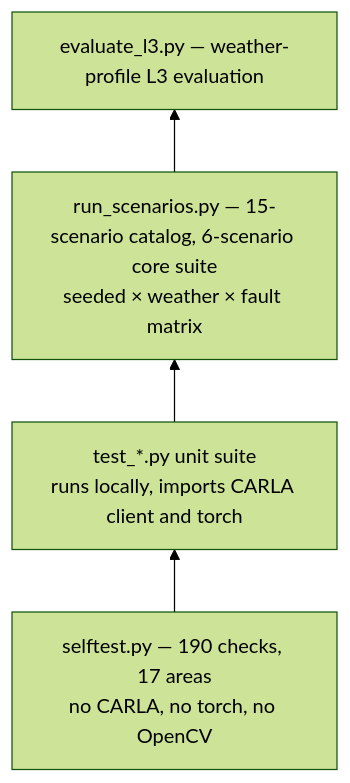
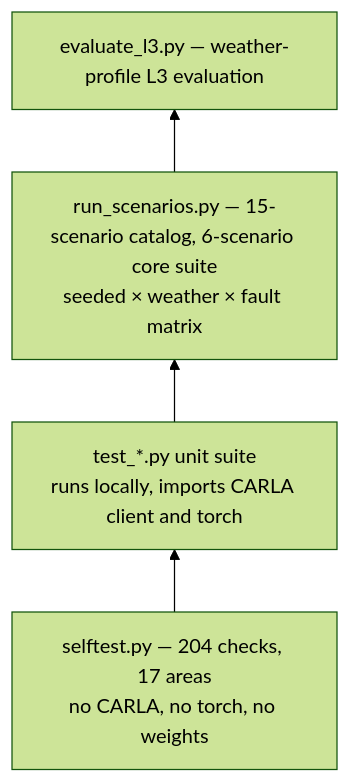
Before and after one commit to nhatduongchess-cloud/carla-adas-active-safety-project: the seventh of 8 diagrams in docs/ARCHITECTURE.md, drawn with Mermaid (forest theme). The commit also changed other lines of this file and 16 other files, not shown here.

````diff
--- a/docs/ARCHITECTURE.md
+++ b/docs/ARCHITECTURE.md
@@ -584,8 +612,8 @@
 ```mermaid
 flowchart BT
-    A["selftest.py — 190 checks, 17 areas<br/>no CARLA, no torch, no OpenCV"]
+    A["selftest.py — 204 checks, 17 areas<br/>no CARLA, no torch, no weights"]
     B["test_*.py unit suite<br/>runs locally, imports CARLA client and torch"]
     C["run_scenarios.py — 15-scenario catalog, 6-scenario core suite<br/>seeded × weather × fault matrix"]
     D["evaluate_l3.py — weather-profile L3 evaluation"]
     A --> B --> C --> D
 ```
````
